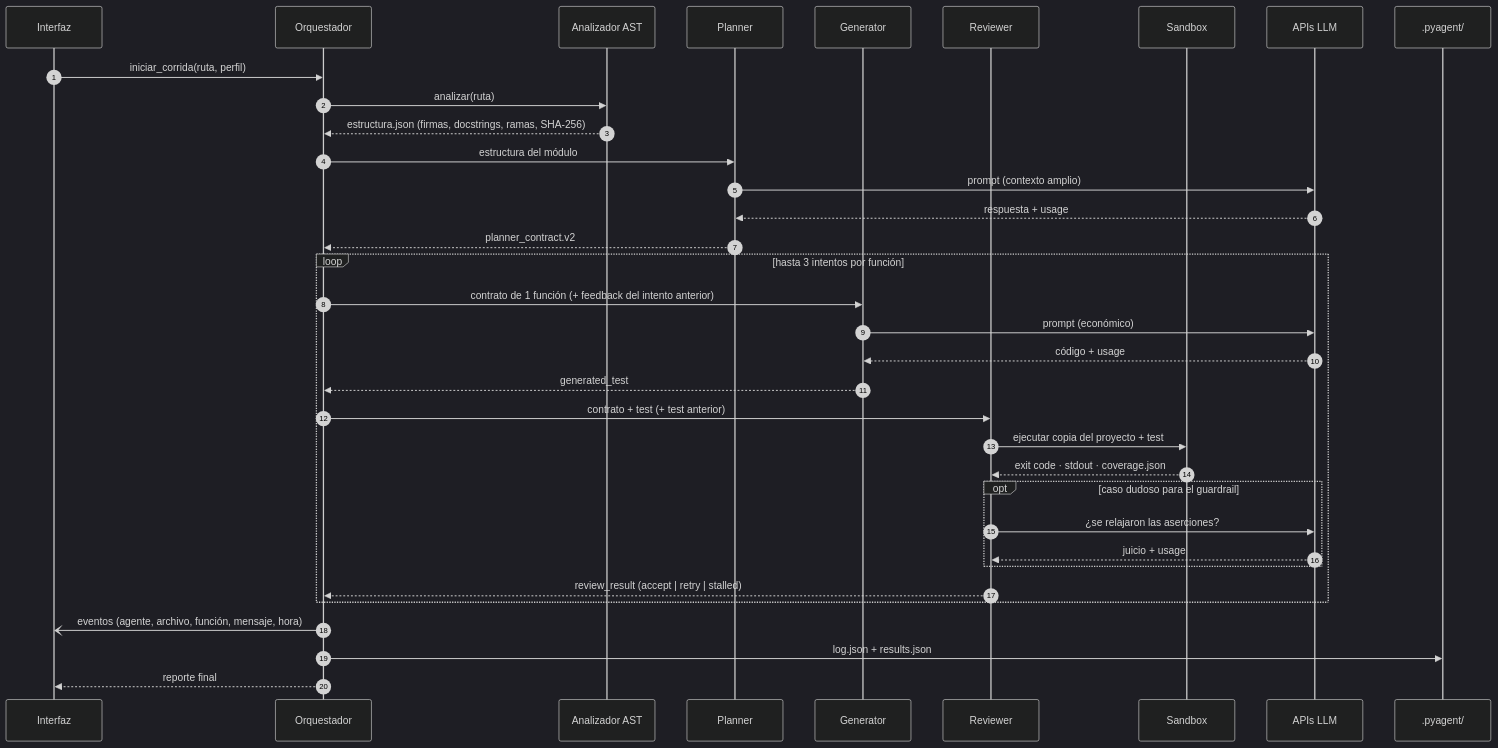
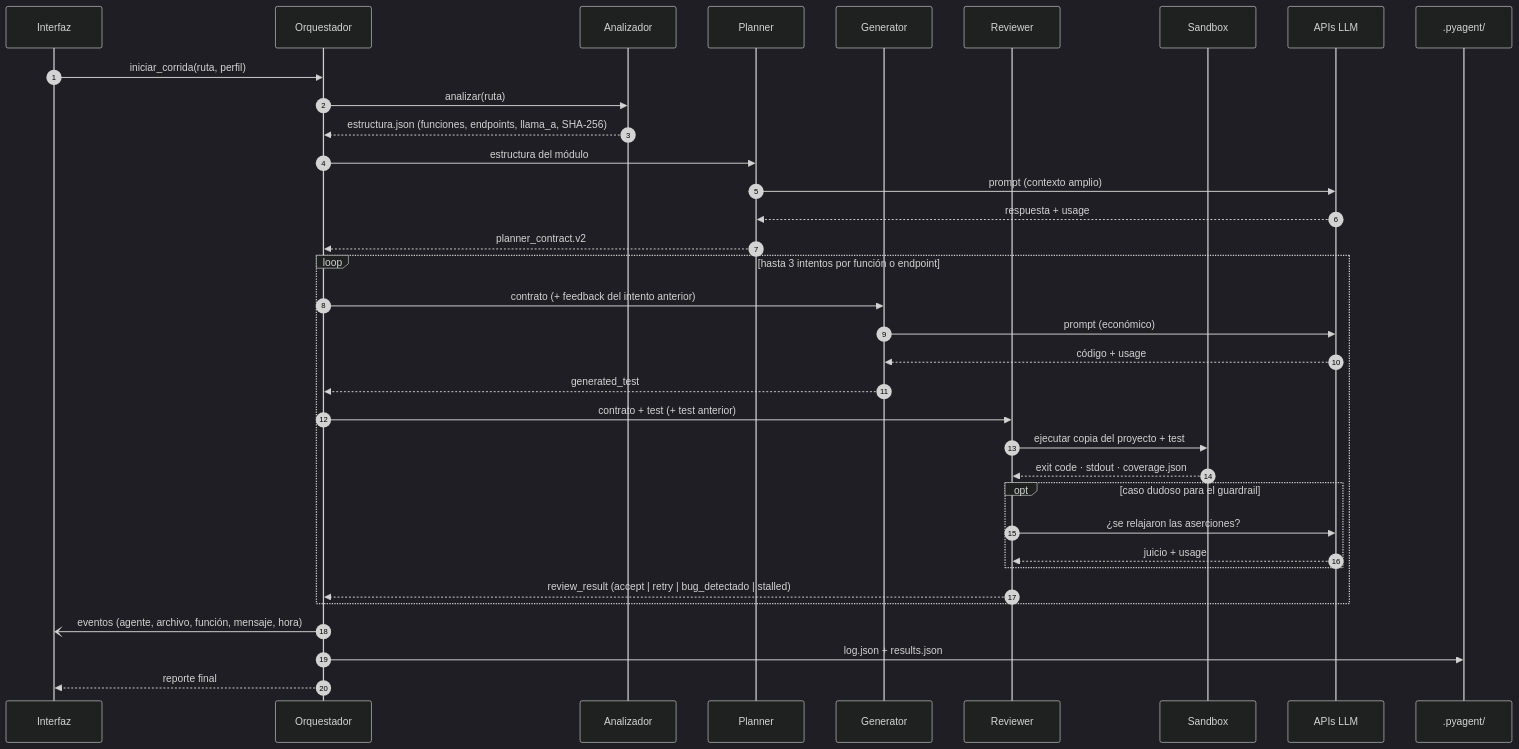
Before and after one commit to AngelOncoy/QAgent: the fifth of 9 diagrams in docs/arquitectura.md, drawn with Mermaid (dark theme). The commit also changed other lines of this file, not shown here.

````diff
--- a/docs/arquitectura.md
+++ b/docs/arquitectura.md
@@ -127,38 +214,38 @@
 ```mermaid
 sequenceDiagram
     autonumber
     participant UI as Interfaz
     participant OR as Orquestador
-    participant AST as Analizador AST
+    participant AST as Analizador
     participant PL as Planner
     participant GE as Generator
     participant RE as Reviewer
     participant SB as Sandbox
     participant API as APIs LLM
     participant FS as .pyagent/
 
     UI->>OR: iniciar_corrida(ruta, perfil)
     OR->>AST: analizar(ruta)
-    AST-->>OR: estructura.json (firmas, docstrings, ramas, SHA-256)
+    AST-->>OR: estructura.json (funciones, endpoints, llama_a, SHA-256)
     OR->>PL: estructura del módulo
     PL->>API: prompt (contexto amplio)
     API-->>PL: respuesta + usage
     PL-->>OR: planner_contract.v2
-    loop hasta 3 intentos por función
-        OR->>GE: contrato de 1 función (+ feedback del intento anterior)
+    loop hasta 3 intentos por función o endpoint
+        OR->>GE: contrato (+ feedback del intento anterior)
         GE->>API: prompt (económico)
         API-->>GE: código + usage
         GE-->>OR: generated_test
         OR->>RE: contrato + test (+ test anterior)
         RE->>SB: ejecutar copia del proyecto + test
         SB-->>RE: exit code · stdout · coverage.json
         opt caso dudoso para el guardrail
             RE->>API: ¿se relajaron las aserciones?
             API-->>RE: juicio + usage
         end
-        RE-->>OR: review_result (accept | retry | stalled)
+        RE-->>OR: review_result (accept | retry | bug_detectado | stalled)
     end
     OR-)UI: eventos (agente, archivo, función, mensaje, hora)
     OR->>FS: log.json + results.json
     OR-->>UI: reporte final
 ```
````
